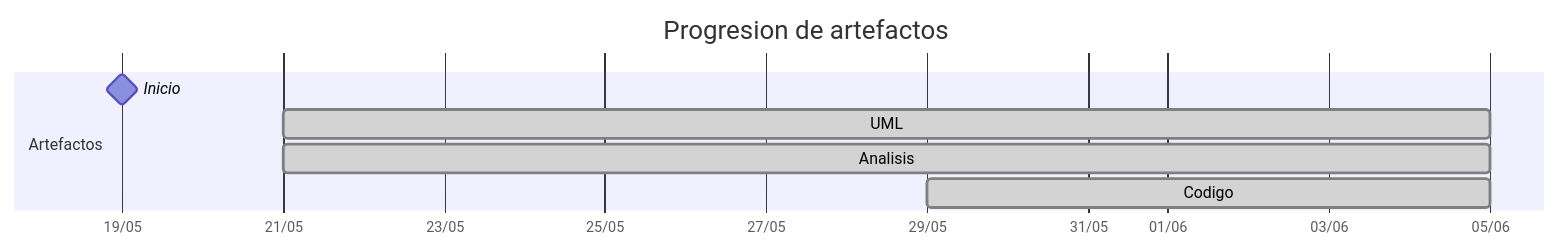
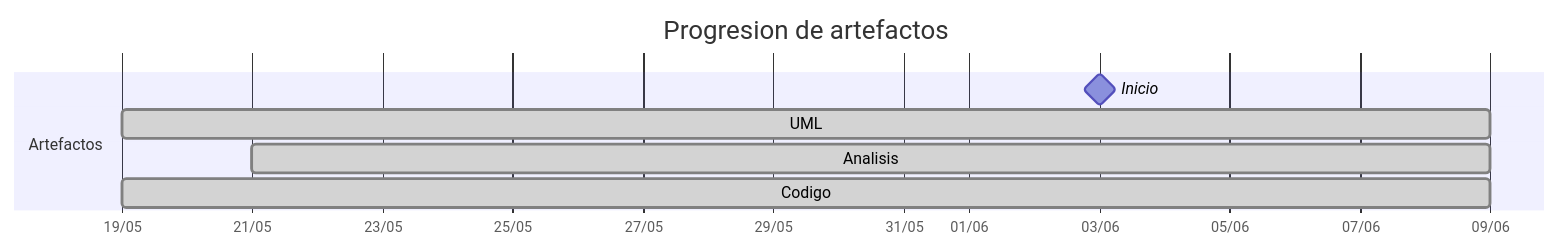
The diagram in TIMELINES/liamanderson873.md (mmasias/25-26-idsw2-sdVC), drawn with Mermaid before and after one commit. The commit also changed other lines of this file and 2 other files, not shown here.

Commit message:
fix(timelines): regenerar Pareyor, jerdier, liamanderson873 — trazabilidad CU-level actualizada

````diff
--- a/TIMELINES/liamanderson873.md
+++ b/TIMELINES/liamanderson873.md
@@ -19,11 +19,11 @@
 ```mermaid
 gantt
     title Progresion de artefactos
     dateFormat YYYY-MM-DD
     axisFormat %d/%m
     section Artefactos
-        Inicio       :milestone, 2026-05-19, 0d
-        UML          :done, 2026-05-21, 2026-06-05
-        Analisis     :done, 2026-05-21, 2026-06-05
-        Codigo       :done, 2026-05-29, 2026-06-05
+        Inicio       :milestone, 2026-06-03, 0d
+        UML          :done, 2026-05-19, 2026-06-09
+        Analisis     :done, 2026-05-21, 2026-06-09
+        Codigo       :done, 2026-05-19, 2026-06-09
 ```
````
